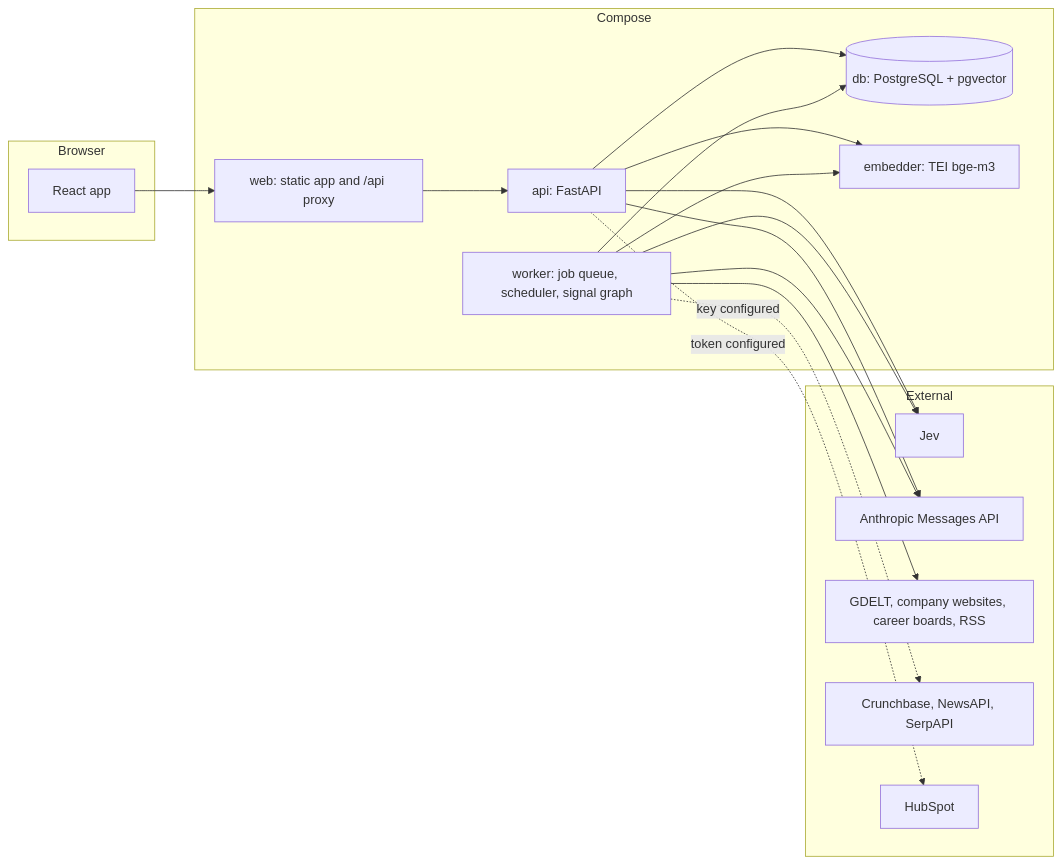
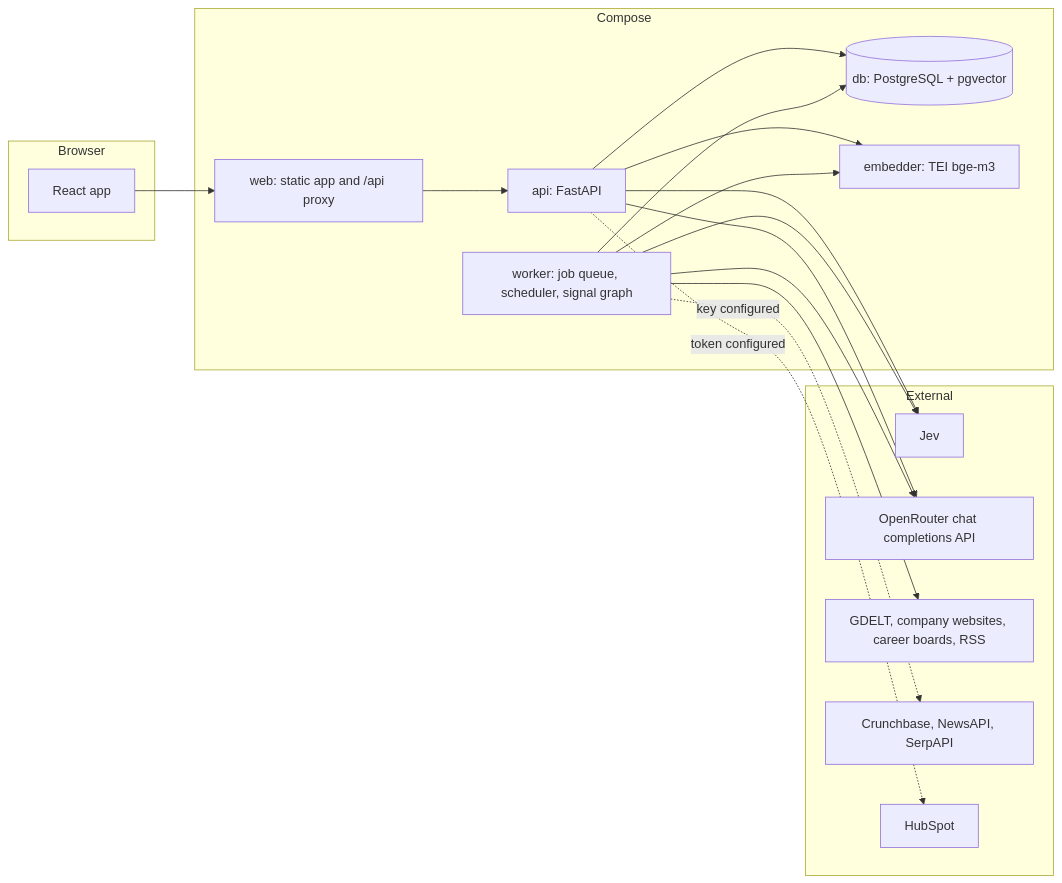
One commit to Nichita111/OrangeLeadRadar changed the diagram in docs/architecture/overview.md. Above: the diagram before and after it, drawn with Mermaid. The commit also changed other lines of this file and 12 other files, not shown here.

First line of the commit message:
docs(signal-pipeline): serve every LLM call through OpenRouter

````diff
--- a/docs/architecture/overview.md
+++ b/docs/architecture/overview.md
@@ -34,32 +34,32 @@
 ```mermaid
 flowchart LR
   subgraph Browser
     SPA[React app]
   end
   subgraph Compose
     WEB[web: static app and /api proxy]
     API[api: FastAPI]
     WRK[worker: job queue, scheduler, signal graph]
     DB[(db: PostgreSQL + pgvector)]
     EMB[embedder: TEI bge-m3]
   end
   subgraph External
     JEV[Jev]
-    ANT[Anthropic Messages API]
+    ANT[OpenRouter chat completions API]
     SRC[GDELT, company websites, career boards, RSS]
     PAID[Crunchbase, NewsAPI, SerpAPI]
     HUB[HubSpot]
   end
   SPA --> WEB --> API
   API --> DB
   WRK --> DB
   API --> EMB
   WRK --> EMB
   API --> JEV
   API --> ANT
   WRK --> JEV
   WRK --> ANT
   WRK --> SRC
   WRK -. key configured .-> PAID
   API -. token configured .-> HUB
 ```
````
